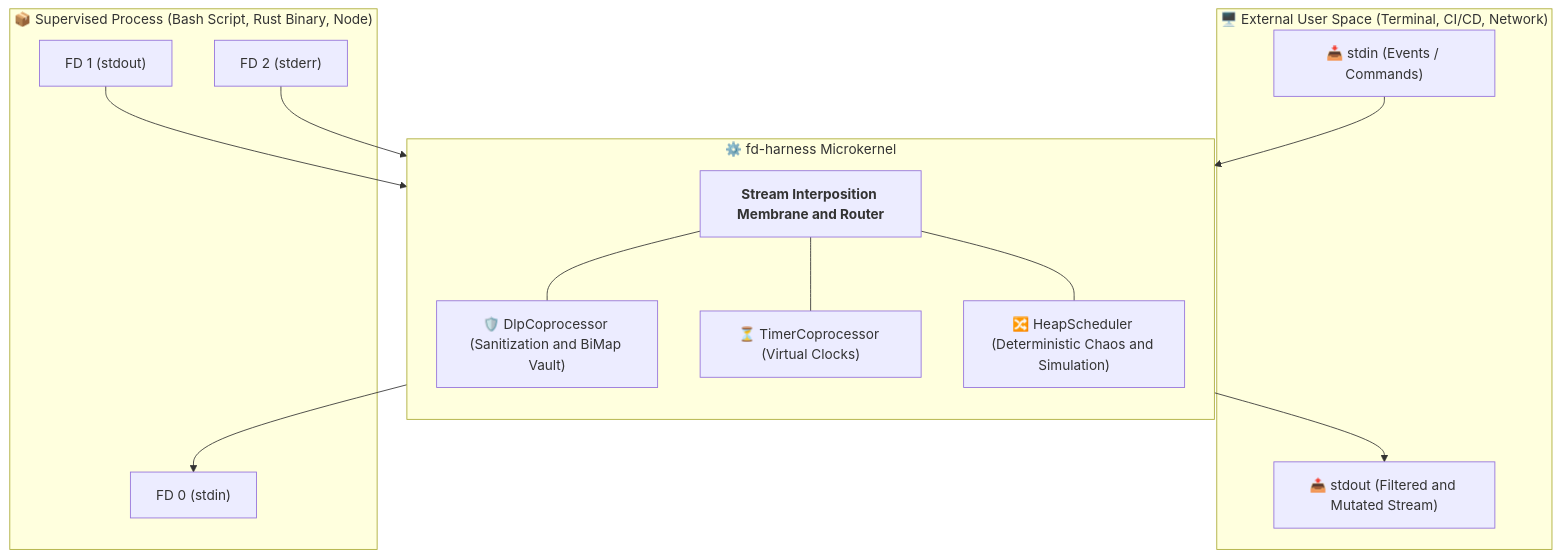
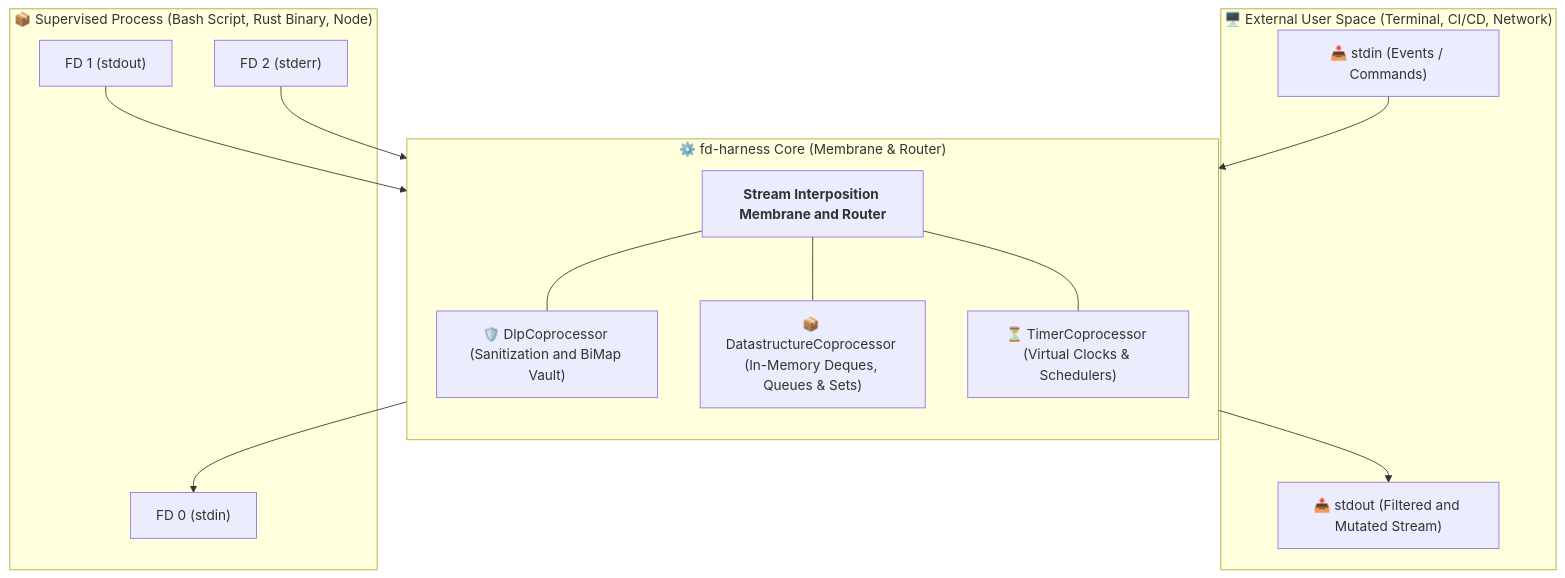
Diagram 11 of 11 in content/posts/2026-09-18-harness-introduction-with-dlp.md (gpineda-dev/gpineda-dev.github.io), drawn with Mermaid before and after one commit. The commit also changed other lines of this file and 1 other file, not shown here.

````diff
--- a/content/posts/2026-09-18-harness-introduction-with-dlp.md
+++ b/content/posts/2026-09-18-harness-introduction-with-dlp.md
@@ -912,30 +912,30 @@
 ```mermaid
 flowchart TD
     subgraph Outer["🖥️ External User Space (Terminal, CI/CD, Network)"]
         In["📥 stdin (Events / Commands)"]
         Out["📤 stdout (Filtered and Mutated Stream)"]
     end
 
-    subgraph Kernel["⚙️ fd-harness Microkernel"]
+    subgraph Kernel["⚙️ fd-harness Core (Membrane & Router)"]
         direction TB
         Membrane["<b>Stream Interposition Membrane and Router</b>"]
         C1["🛡️ DlpCoprocessor (Sanitization and BiMap Vault)"]
-        C2["⏳ TimerCoprocessor (Virtual Clocks)"]
-        C3["🔀 HeapScheduler (Deterministic Chaos and Simulation)"]
+        C2["📦 DatastructureCoprocessor (In-Memory Deques, Queues & Sets)"]
+        C3["⏳ TimerCoprocessor (Virtual Clocks & Schedulers)"]
         Membrane --- C1
         Membrane --- C2
         Membrane --- C3
     end
 
     subgraph Process["📦 Supervised Process (Bash Script, Rust Binary, Node)"]
         PIn["FD 0 (stdin)"]
         POut["FD 1 (stdout)"]
         PErr["FD 2 (stderr)"]
     end
 
     In --> Membrane
     Membrane --> PIn
     POut --> Membrane
     PErr --> Membrane
     Membrane --> Out
 ```
````
